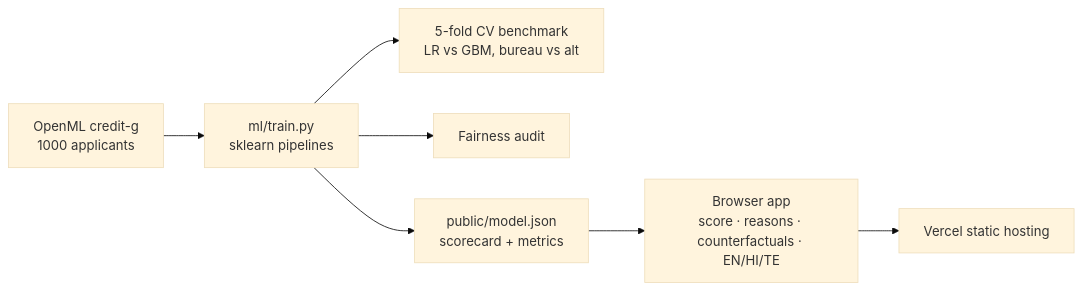
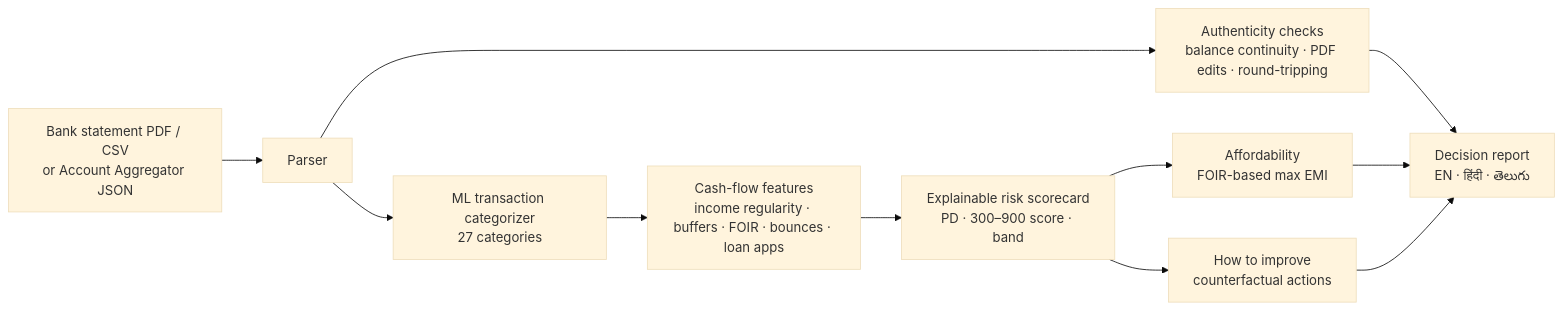
The diagram in README.md (Aryan1982/creditbridge), drawn with Mermaid (base theme) before and after one commit. The commit also changed other lines of this file and 20 other files, not shown here.

Commit message:
Rewrite README for cash-flow underwriting

````diff
--- a/README.md
+++ b/README.md
@@ -52,9 +24,13 @@
 ```mermaid
 flowchart LR
-  A[OpenML credit-g<br/>1000 applicants] --> B[ml/train.py<br/>sklearn pipelines]
-  B --> C[5-fold CV benchmark<br/>LR vs GBM, bureau vs alt]
-  B --> D[Fairness audit]
-  B --> E[public/model.json<br/>scorecard + metrics]
-  E --> F[Browser app<br/>score · reasons · counterfactuals · EN/HI/TE]
-  F --> G[Vercel static hosting]
+  A[Bank statement PDF / CSV<br/>or Account Aggregator JSON] --> B[Parser]
+  B --> C[Authenticity checks<br/>balance continuity · PDF edits · round-tripping]
+  B --> D[ML transaction categorizer<br/>27 categories]
+  D --> E[Cash-flow features<br/>income regularity · buffers · FOIR · bounces · loan apps]
+  E --> F[Explainable risk scorecard<br/>PD · 300–900 score · band]
+  F --> G[Affordability<br/>FOIR-based max EMI]
+  F --> H[How to improve<br/>counterfactual actions]
+  C --> I[Decision report<br/>EN · हिंदी · తెలుగు]
+  G --> I
+  H --> I
 ```
````
